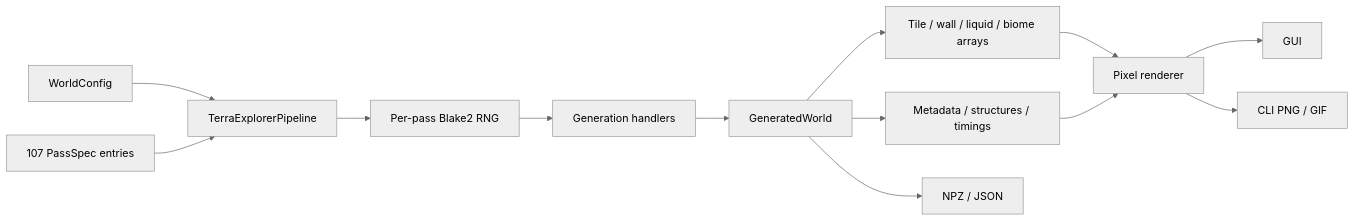
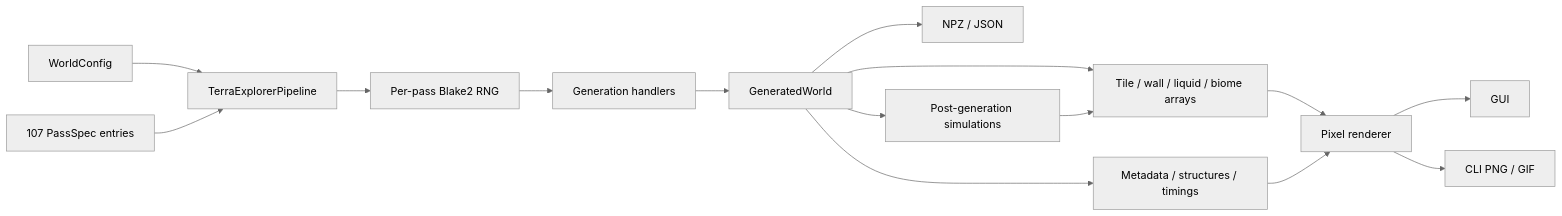
One commit to IsolatedSingularity/Terraria-Generation changed the diagram in docs/ARCHITECTURE.md. Above: the diagram before and after it, drawn with Mermaid (neutral theme). The commit also changed other lines of this file and 27 other files, not shown here.

````diff
--- a/docs/ARCHITECTURE.md
+++ b/docs/ARCHITECTURE.md
@@ -7,15 +7,17 @@
 ```mermaid
 flowchart LR
     C["WorldConfig"] --> P["TerraExplorerPipeline"]
     S["107 PassSpec entries"] --> P
     P --> R["Per-pass Blake2 RNG"]
     R --> H["Generation handlers"]
     H --> W["GeneratedWorld"]
     W --> A["Tile / wall / liquid / biome arrays"]
     W --> M["Metadata / structures / timings"]
     A --> V["Pixel renderer"]
     M --> V
     W --> N["NPZ / JSON"]
+    W --> S2["Post-generation simulations"]
+    S2 --> A
     V --> G["GUI"]
     V --> L["CLI PNG / GIF"]
 ```
````
